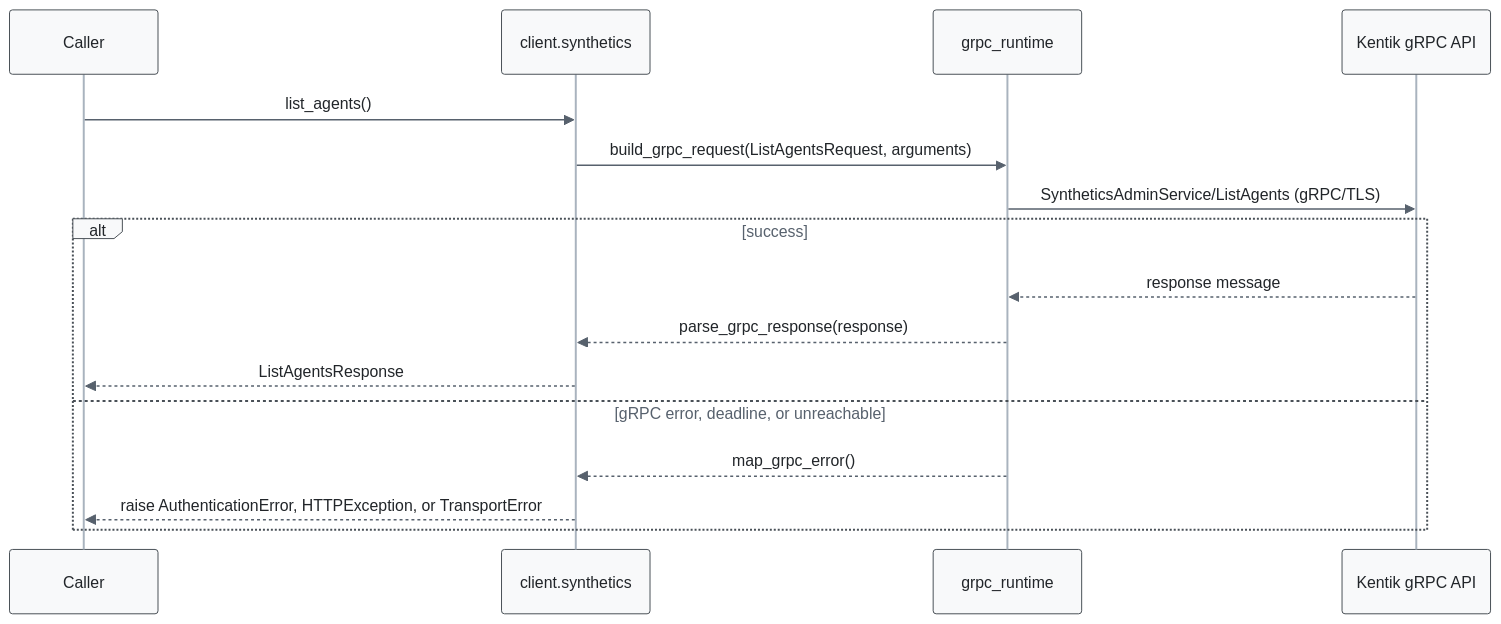
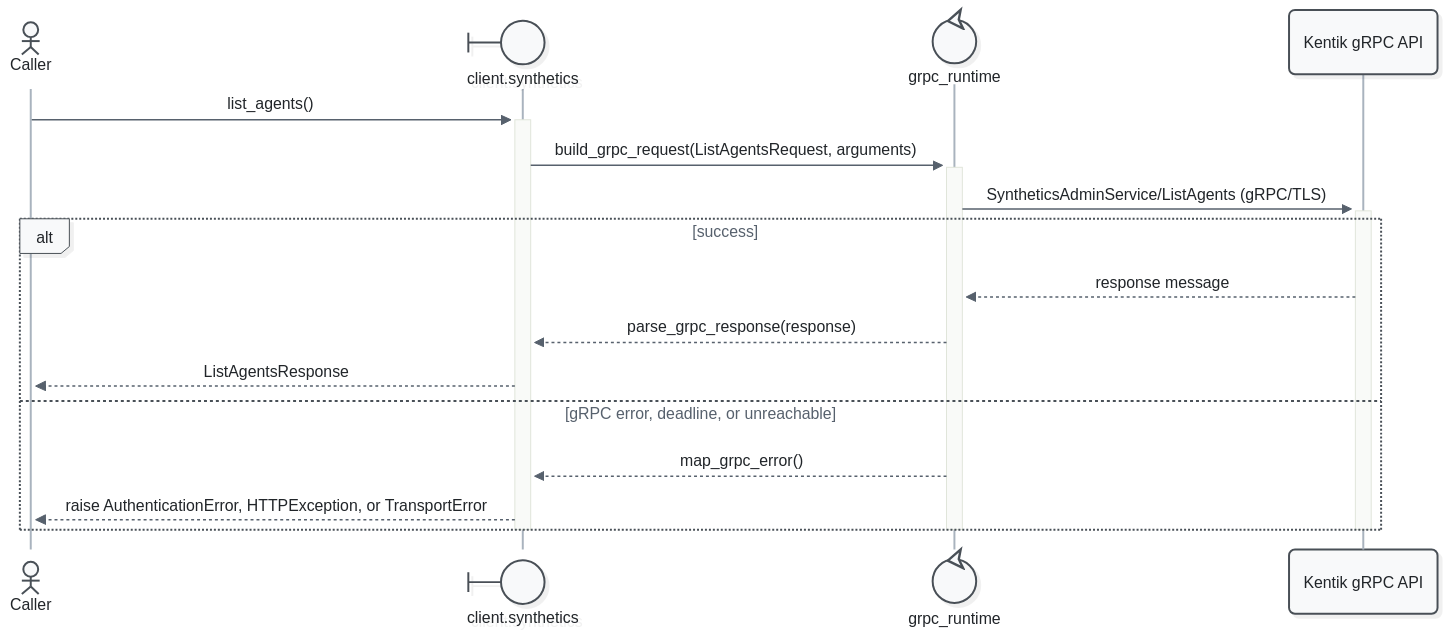
One commit to alexdearaujo/community_sdk_python changed diagram 12 of 37 in docs/sphinx/services/synthetics.md. Above: the diagram before and after it, drawn with Mermaid. The commit also changed other lines of this file and 52 other files, not shown here.

First line of the commit message:
docs: Mermaid 12 sequence diagrams with participant types and path colors

````diff
--- a/docs/sphinx/services/synthetics.md
+++ b/docs/sphinx/services/synthetics.md
@@ -449,20 +476,23 @@
 ```mermaid
-%%{init: {"theme": "base", "fontFamily": "ui-monospace, SFMono-Regular, Menlo, monospace", "themeVariables": {"fontFamily": "ui-monospace, SFMono-Regular, Menlo, monospace", "primaryColor": "#f8f9fa", "primaryBorderColor": "#495057", "primaryTextColor": "#212529", "textColor": "#212529", "lineColor": "#77818c", "edgeLabelBackground": "#ffffff", "actorBkg": "#f8f9fa", "actorBorder": "#495057", "actorTextColor": "#212529", "actorLineColor": "#a9b3be", "signalColor": "#57616d", "signalTextColor": "#212529", "labelBoxBkgColor": "#f8f9fa", "labelBoxBorderColor": "#495057", "labelTextColor": "#212529", "loopTextColor": "#57616d", "noteBkgColor": "#fff9db", "noteBorderColor": "#f08c00", "noteTextColor": "#a35a00"}, "flowchart": {"curve": "step", "nodeSpacing": 30, "rankSpacing": 70, "wrappingWidth": 400}}}%%
+%%{init: {"theme": "redux", "look": "neo", "layout": "dagre", "fontFamily": "ui-monospace, SFMono-Regular, Menlo, monospace", "themeVariables": {"fontFamily": "ui-monospace, SFMono-Regular, Menlo, monospace", "primaryColor": "#f8f9fa", "primaryBorderColor": "#495057", "primaryTextColor": "#212529", "textColor": "#212529", "lineColor": "#77818c", "edgeLabelBackground": "#ffffff", "actorBkg": "#f8f9fa", "actorBorder": "#495057", "actorTextColor": "#212529", "actorLineColor": "#a9b3be", "signalColor": "#57616d", "signalTextColor": "#212529", "labelBoxBkgColor": "#f8f9fa", "labelBoxBorderColor": "#495057", "labelTextColor": "#212529", "loopTextColor": "#57616d", "noteBkgColor": "#fff9db", "noteBorderColor": "#f08c00", "noteTextColor": "#a35a00"}, "sequence": {"activationWidth": 16}, "flowchart": {"curve": "step", "nodeSpacing": 30, "rankSpacing": 70, "wrappingWidth": 400}}}%%
 sequenceDiagram
-    participant C as Caller
-    participant W as client.synthetics
-    participant R as grpc_runtime
+    actor C as Caller
+    participant W@{ "type": "boundary" } as client.synthetics
+    participant R@{ "type": "control" } as grpc_runtime
     participant API as Kentik gRPC API
 
-    C->>W: list_agents()
-    W->>R: build_grpc_request(ListAgentsRequest, arguments)
-    R->>API: SyntheticsAdminService/ListAgents (gRPC/TLS)
+    C->>+W: list_agents()
+    W->>+R: build_grpc_request(ListAgentsRequest, arguments)
+    R->>+API: SyntheticsAdminService/ListAgents (gRPC/TLS)
     alt success
         API-->>R: response message
         R-->>W: parse_grpc_response(response)
         W-->>C: ListAgentsResponse
     else gRPC error, deadline, or unreachable
         R-->>W: map_grpc_error()
         W-->>C: raise AuthenticationError, HTTPException, or TransportError
     end
+    deactivate API
+    deactivate R
+    deactivate W
 ```
````
